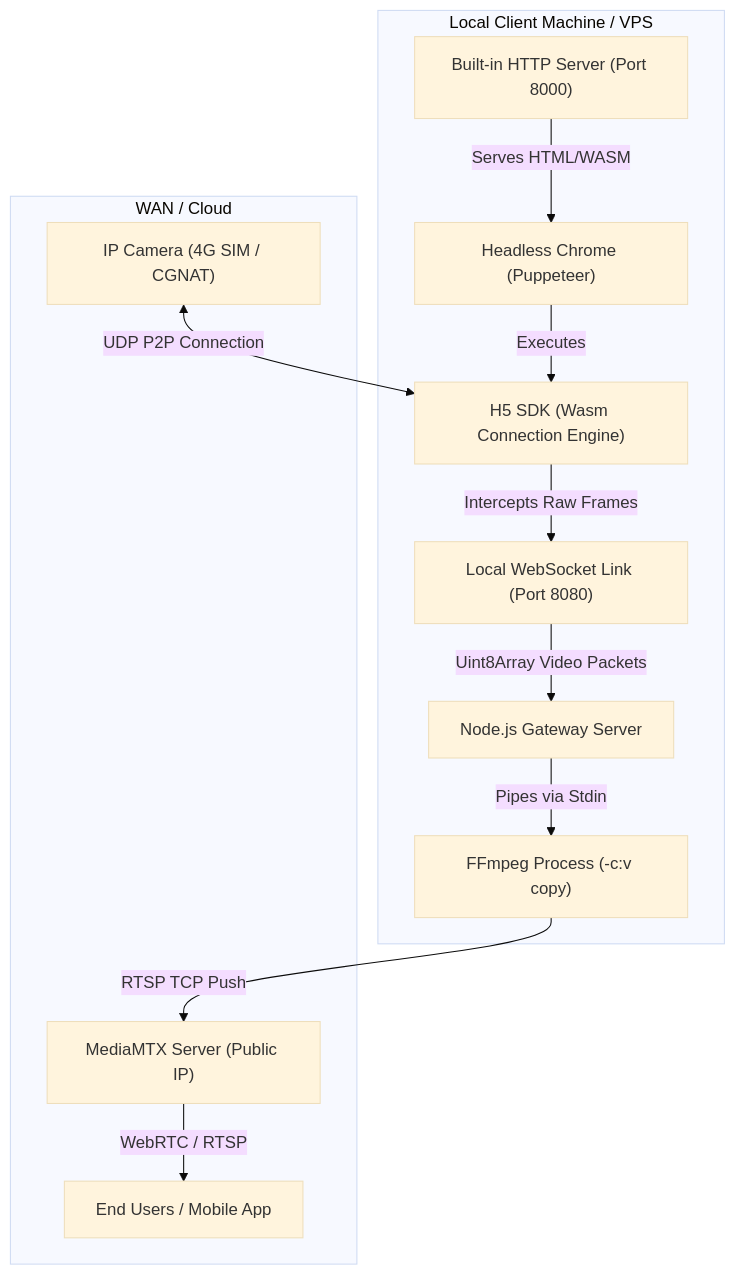
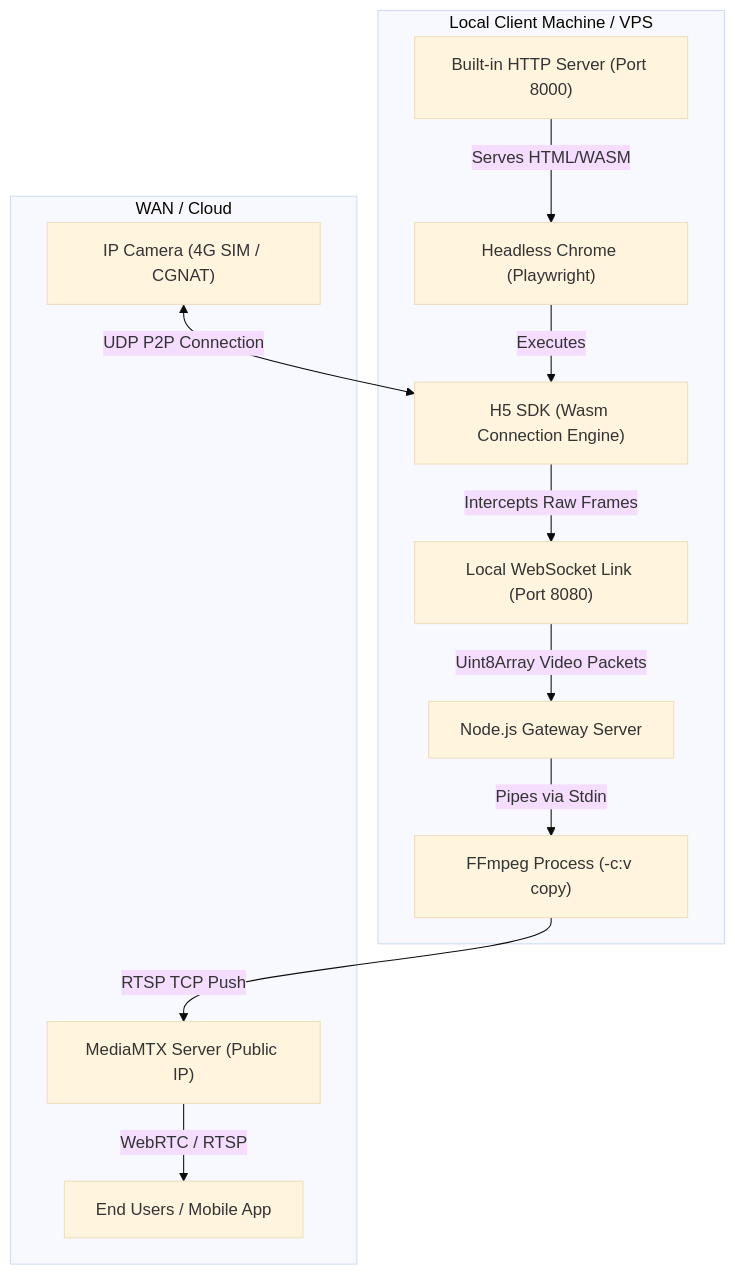
Before and after one commit to amanakg/saytrees-truecam-gateway: the diagram in gateway/README.md, drawn with Mermaid (base theme). The commit also changed other lines of this file and 9 other files, not shown here.

Commit message:
Migrate Puppeteer to Playwright, fix recurring 8.5m refresh timer, and auto-install Chromium setup

````diff
--- a/gateway/README.md
+++ b/gateway/README.md
@@ -13,16 +13,16 @@
 ```mermaid
 flowchart TD
     subgraph Local Client Machine / VPS
-        NodeHttp["Built-in HTTP Server (Port 8000)"] -->|Serves HTML/WASM| Chrome["Headless Chrome (Puppeteer)"]
+        NodeHttp["Built-in HTTP Server (Port 8000)"] -->|Serves HTML/WASM| Chrome["Headless Chrome (Playwright)"]
         Chrome -->|Executes| SDK["H5 SDK (Wasm Connection Engine)"]
         SDK -->|Intercepts Raw Frames| WS["Local WebSocket Link (Port 8080)"]
         WS -->|Uint8Array Video Packets| NodeWS["Node.js Gateway Server"]
         NodeWS -->|Pipes via Stdin| FFmpeg["FFmpeg Process (-c:v copy)"]
     end
     
     subgraph WAN / Cloud
         Camera["IP Camera (4G SIM / CGNAT)"] <-->|UDP P2P Connection| SDK
         FFmpeg -->|RTSP TCP Push| MediaMTX["MediaMTX Server (Public IP)"]
         MediaMTX -->|WebRTC / RTSP| Viewers["End Users / Mobile App"]
     end
 ```
````
